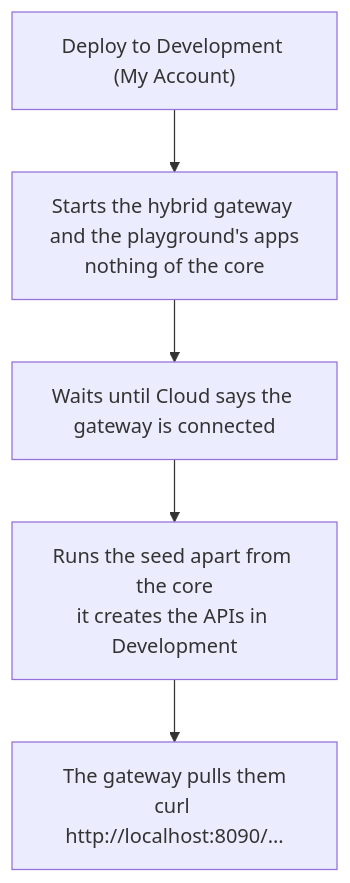
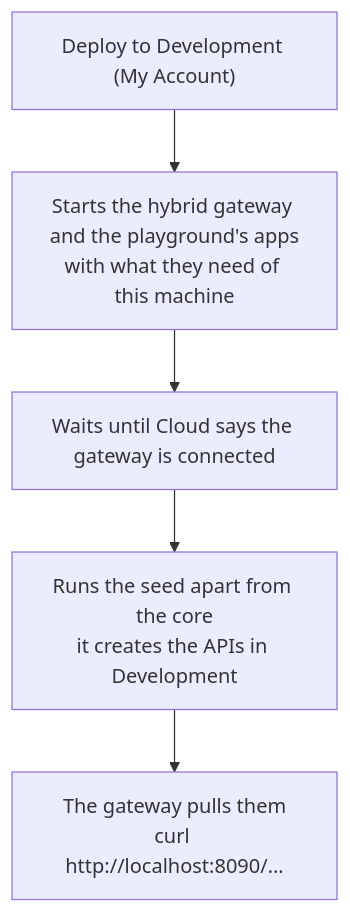
The second of 3 diagrams in docs/cloud.md (gravitee-io-labs/gravitee-lab), drawn with Mermaid before and after one commit. The commit also changed other lines of this file and 420 other files, not shown here.

````diff
--- a/docs/cloud.md
+++ b/docs/cloud.md
@@ -209,7 +211,7 @@
 ```mermaid
 flowchart TB
-  go["Deploy to Development (My Account)"] --> up["Starts the hybrid gateway and the playground's apps<br/>nothing of the core"]
+  go["Deploy to Development (My Account)"] --> up["Starts the hybrid gateway and the playground's apps<br/>with what they need of this machine"]
   up --> wait["Waits until Cloud says the gateway is connected"]
   wait --> seed["Runs the seed apart from the core<br/>it creates the APIs in Development"]
   seed --> call["The gateway pulls them<br/>curl http://localhost:8090/..."]
 ```
````
